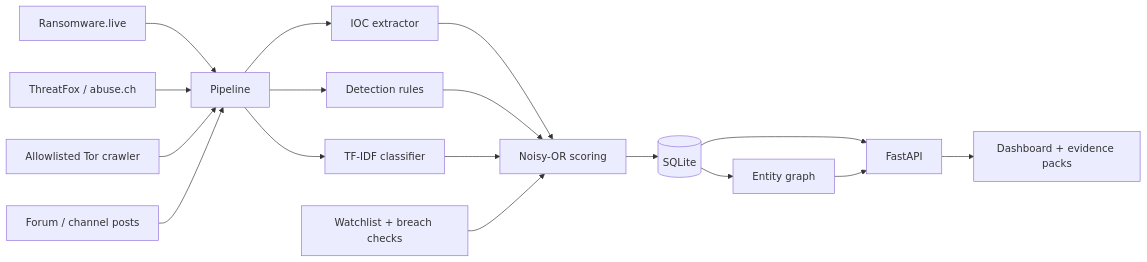
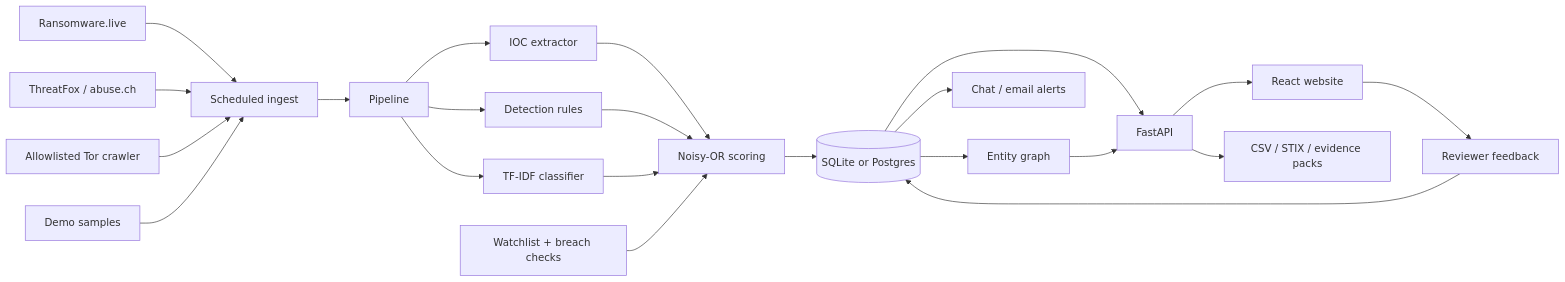
The diagram in README.md (bhavitanand/darkweb-threat-intel-capstone), drawn with Mermaid before and after one commit. The commit also changed other lines of this file and 64 other files, not shown here.

First line of the commit message:
Scale up: React site, Postgres, live ingest, feedback loop, exports, notifications, CI and docs

````diff
--- a/README.md
+++ b/README.md
@@ -41,19 +57,24 @@
 ```mermaid
 flowchart LR
-  A[Ransomware.live] --> P
-  B[ThreatFox / abuse.ch] --> P
-  C[Allowlisted Tor crawler] --> P
-  D[Forum / channel posts] --> P
-  P[Pipeline] --> X[IOC extractor]
+  A[Ransomware.live] --> I
+  B[ThreatFox / abuse.ch] --> I
+  C[Allowlisted Tor crawler] --> I
+  D[Demo samples] --> I
+  I[Scheduled ingest] --> P[Pipeline]
+  P --> X[IOC extractor]
   P --> R[Detection rules]
   P --> M[TF-IDF classifier]
   X --> S[Noisy-OR scoring]
   R --> S
   M --> S
   W[Watchlist + breach checks] --> S
-  S --> DB[(SQLite)]
+  S --> DB[(SQLite or Postgres)]
   DB --> G[Entity graph]
   DB --> API[FastAPI]
   G --> API
-  API --> UI[Dashboard + evidence packs]
+  API --> UI[React website]
+  API --> EX[CSV / STIX / evidence packs]
+  DB --> N[Chat / email alerts]
+  UI --> FB[Reviewer feedback]
+  FB --> DB
 ```
````
